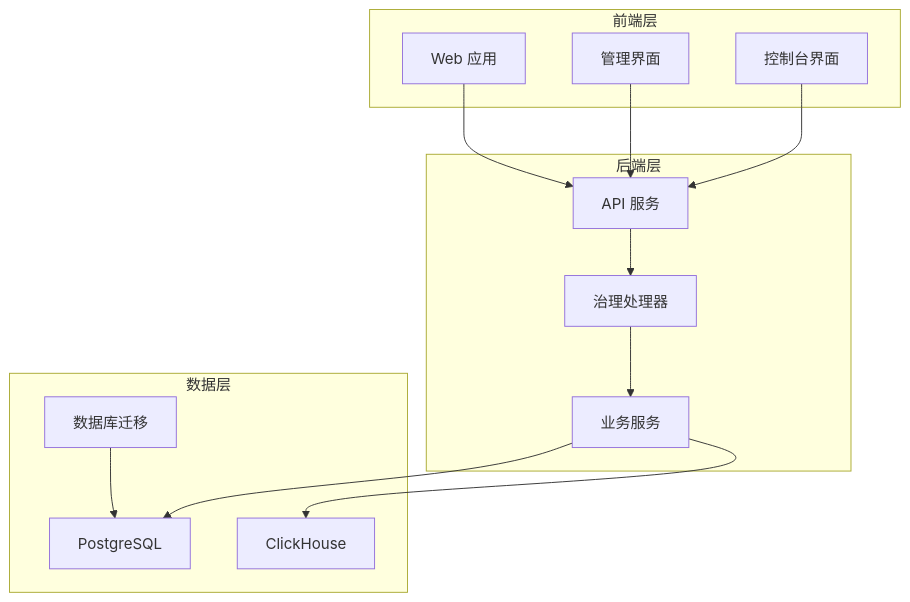
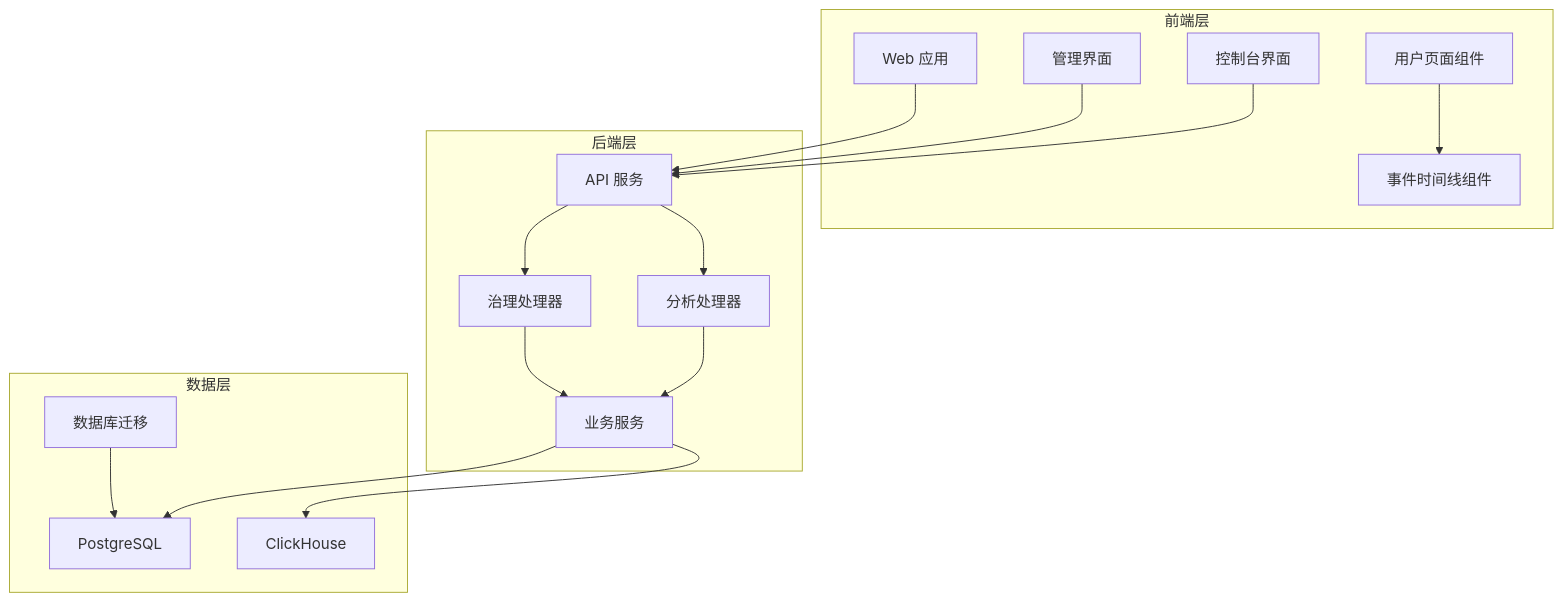
One commit to zhen-zhong/AeroLog changed the first of 11 diagrams in .qoder/repowiki/zh/content/Web控制台/用户管理功能.md. Above: the diagram before and after it, drawn with Mermaid. The commit also changed other lines of this file and 84 other files, not shown here.

````diff
--- a/.qoder/repowiki/zh/content/Web控制台/用户管理功能.md
+++ b/.qoder/repowiki/zh/content/Web控制台/用户管理功能.md
@@ -39,26 +54,32 @@
 ```mermaid
 graph TB
 subgraph "前端层"
 WebUI[Web 应用]
 AdminUI[管理界面]
 ConsoleUI[控制台界面]
+UsersPage[用户页面组件]
+EventTimeline[事件时间线组件]
 end
 subgraph "后端层"
 API[API 服务]
 Handler[治理处理器]
+AnalyticsHandler[分析处理器]
 Service[业务服务]
 end
 subgraph "数据层"
 Postgres[PostgreSQL]
 ClickHouse[ClickHouse]
 Migration[数据库迁移]
 end
 WebUI --> API
 AdminUI --> API
 ConsoleUI --> API
+UsersPage --> EventTimeline
 API --> Handler
+API --> AnalyticsHandler
 Handler --> Service
+AnalyticsHandler --> Service
 Service --> Postgres
 Service --> ClickHouse
 Migration --> Postgres
 ```
````
